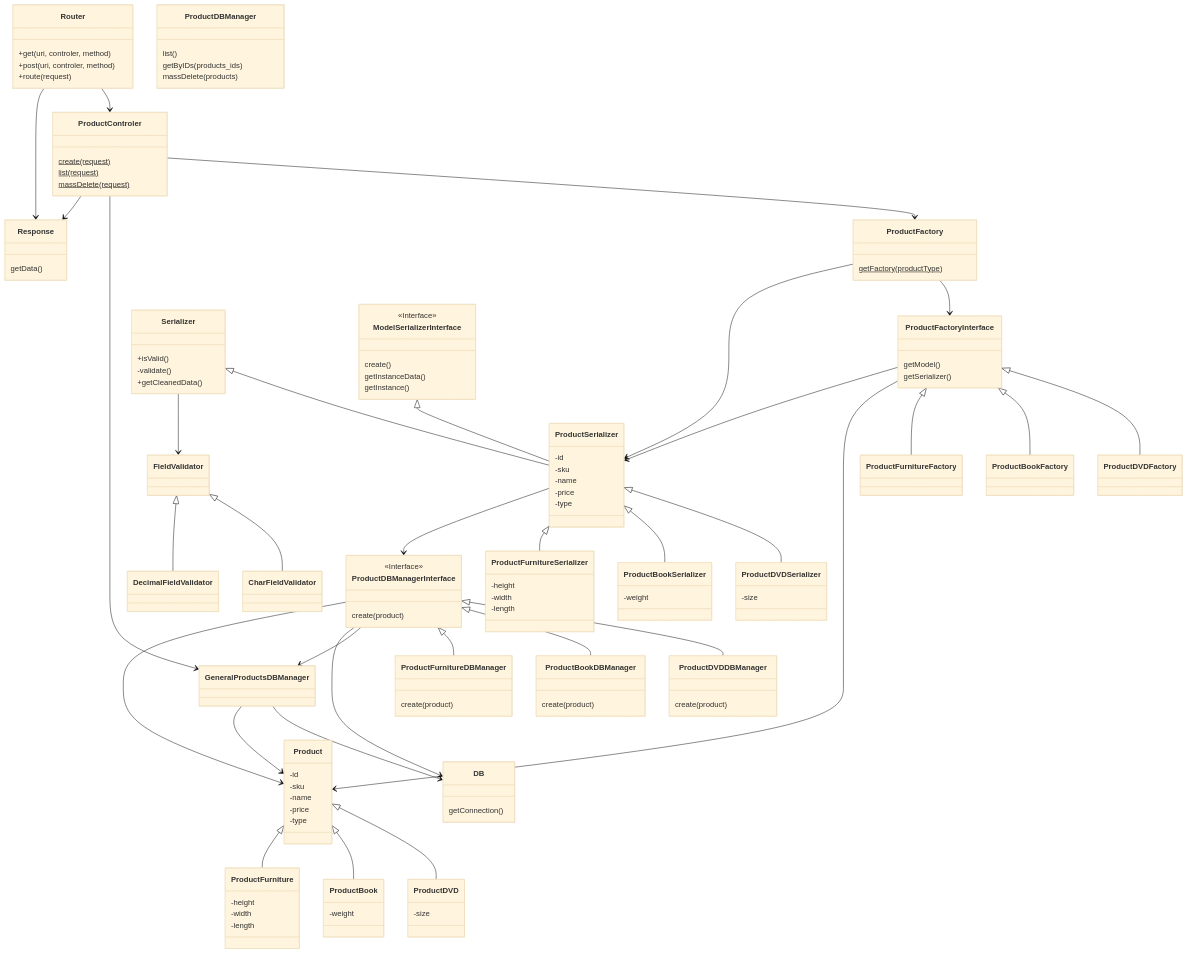
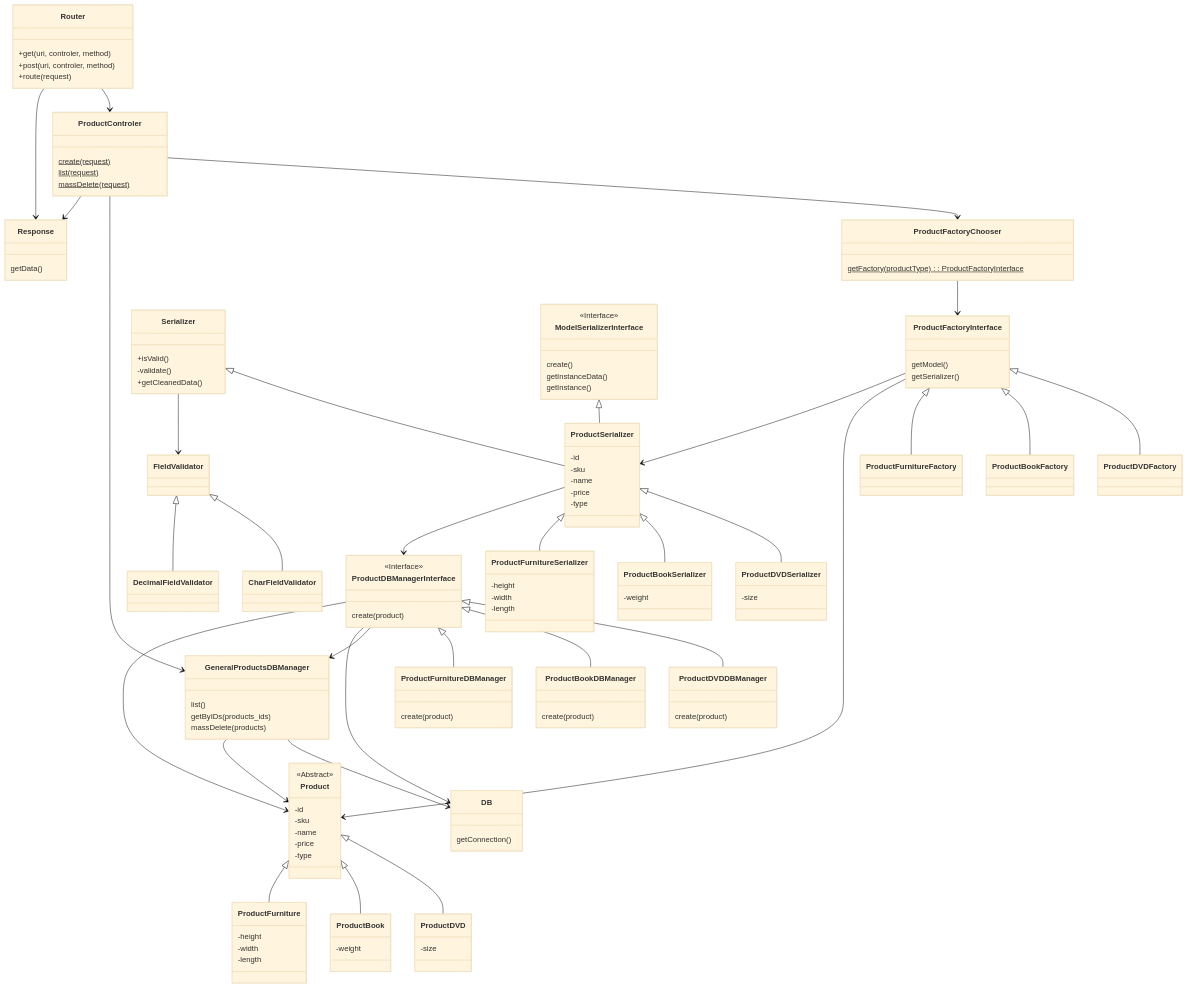
Before and after one commit to laercioigorps/scandiweb-awesome-ecommerce-backend: the diagram in docs/class.md, drawn with Mermaid (base theme). The commit also changed 2 other files, not shown here.

Commit message:
update name of class ProductModelFactory to ProductFactoryChooser in the docs

```diff
--- a/docs/class.md
+++ b/docs/class.md
@@ -3,18 +3,17 @@
     Product <|-- ProductDVD
     Product <|-- ProductBook
     Product <|-- ProductFurniture
-    ProductControler --> ProductFactory
+    ProductControler --> ProductFactoryChooser
     ProductFactoryInterface <|-- ProductDVDFactory
     ProductFactoryInterface <|-- ProductBookFactory
     ProductFactoryInterface <|-- ProductFurnitureFactory
-    ProductFactory --> ProductFactoryInterface
+    ProductFactoryChooser --> ProductFactoryInterface
     ProductFactoryInterface --> Product
     ProductFactoryInterface --> ProductSerializer
     Serializer <|-- ProductSerializer
     ProductSerializer <|-- ProductDVDSerializer
     ProductSerializer <|-- ProductBookSerializer
     ProductSerializer <|-- ProductFurnitureSerializer
-    ProductFactory --> ProductSerializer
     ModelSerializerInterface <|-- ProductSerializer
     GeneralProductsDBManager --> DB
     ProductControler --> GeneralProductsDBManager
@@ -38,8 +37,8 @@
         list(request)$
         massDelete(request)$
     }
-    class ProductFactory{
-        getFactory(productType)$
+    class ProductFactoryChooser{
+        getFactory(productType)$ : ProductFactoryInterface
     }
     class ProductFactoryInterface{
         getModel()
@@ -55,6 +54,7 @@
 
     }
     class Product{
+        <<Abstract>>
         -id
         -sku
         -name
@@ -104,7 +104,7 @@
     class DB{
         getConnection()
     }
-    class ProductDBManager{
+    class GeneralProductsDBManager{
         list()
         getByIDs(products_ids)
         massDelete(products)
```
